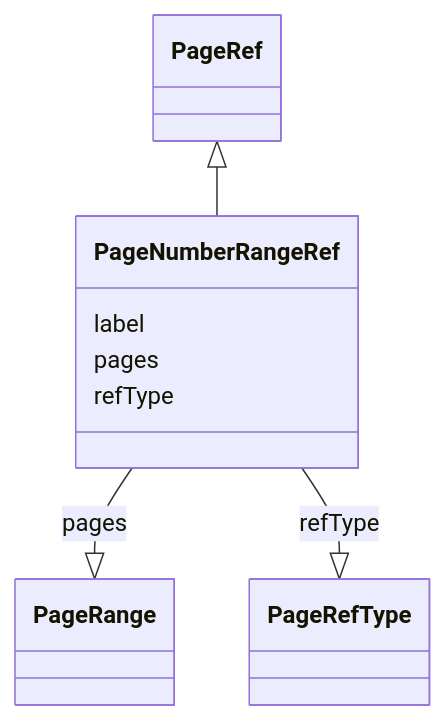
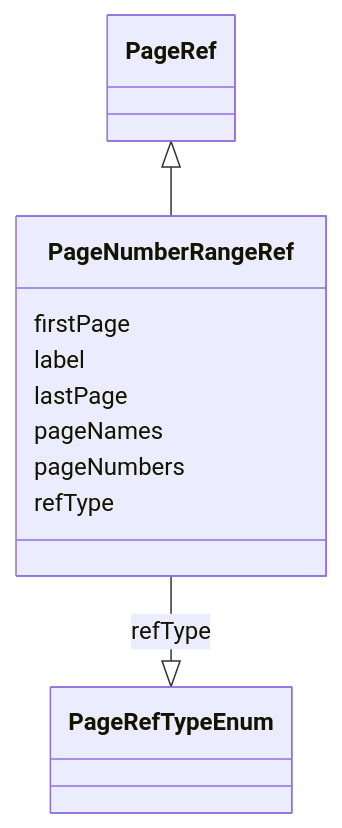
One commit to cdisc-org/analysis-results-standard changed the diagram in project/docs/PageNumberRangeRef.md. Above: the diagram before and after it, drawn with Mermaid. The commit also changed other lines of this file and 281 other files, not shown here.

````diff
--- a/project/docs/PageNumberRangeRef.md
+++ b/project/docs/PageNumberRangeRef.md
@@ -14,17 +14,21 @@
 ```mermaid
  classDiagram
     class PageNumberRangeRef
       PageRef <|-- PageNumberRangeRef
       
+      PageNumberRangeRef : firstPage
+        
       PageNumberRangeRef : label
         
-      PageNumberRangeRef : pages
+      PageNumberRangeRef : lastPage
         
-          PageNumberRangeRef --|> PageRange : pages
+      PageNumberRangeRef : pageNames
+        
+      PageNumberRangeRef : pageNumbers
         
       PageNumberRangeRef : refType
         
-          PageNumberRangeRef --|> PageRefType : refType
+          PageNumberRangeRef --|> PageRefTypeEnum : refType
         
       
 ```
````
